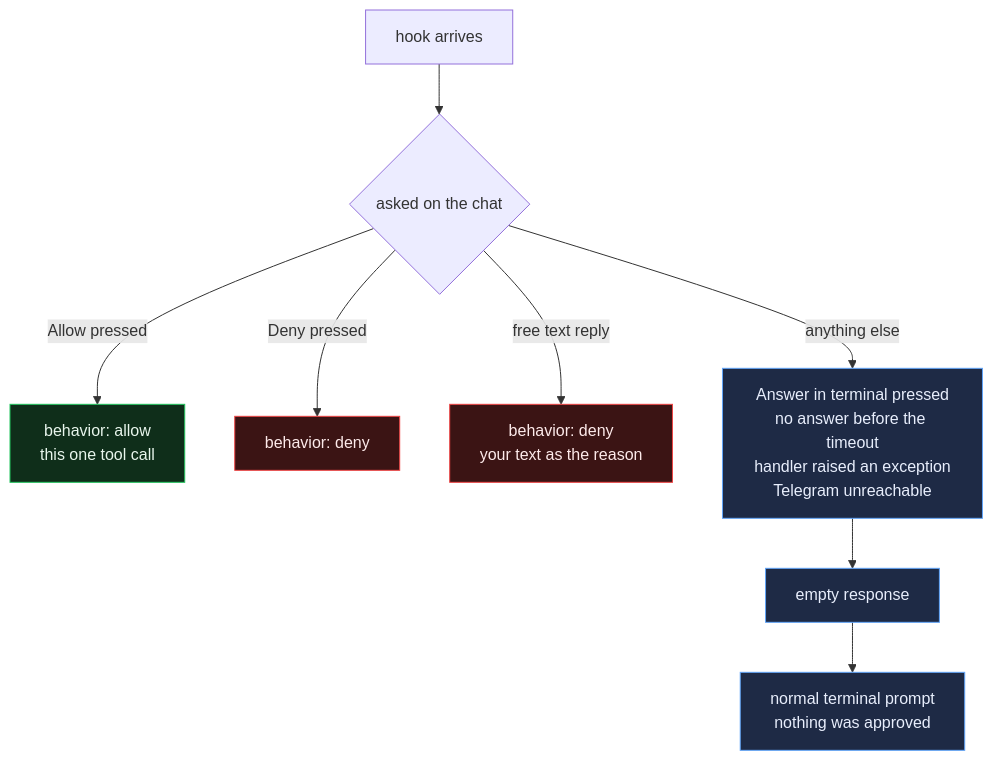
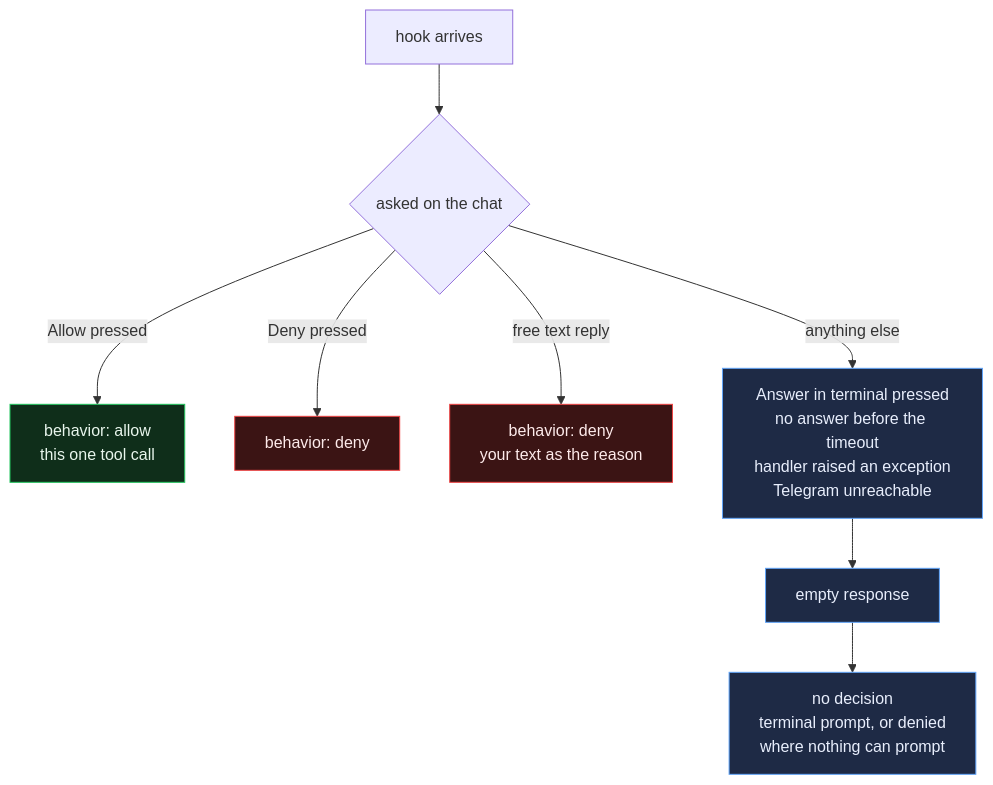
One commit to spazyCZ/bridge-for-agents changed the third of 3 diagrams in SECURITY-MODEL.md. Above: the diagram before and after it, drawn with Mermaid. The commit also changed other lines of this file and 7 other files, not shown here.

````diff
--- a/SECURITY-MODEL.md
+++ b/SECURITY-MODEL.md
@@ -189,19 +195,19 @@
 ```mermaid
 flowchart TD
     H["hook arrives"] --> Q{"asked on the chat"}
 
     Q -->|"Allow pressed"| A["behavior: allow<br/>this one tool call"]
     Q -->|"Deny pressed"| D["behavior: deny"]
     Q -->|"free text reply"| T["behavior: deny<br/>your text as the reason"]
     Q -->|"anything else"| F["Answer in terminal pressed<br/>no answer before the timeout<br/>handler raised an exception<br/>Telegram unreachable"]
 
     F --> E["empty response"]
-    E --> P["normal terminal prompt<br/>nothing was approved"]
+    E --> P["no decision<br/>terminal prompt, or denied<br/>where nothing can prompt"]
 
     classDef ok fill:#0f2e1a,stroke:#22c55e,color:#e8f5ec
     classDef no fill:#3b1414,stroke:#ef4444,color:#fdeaea
     classDef safe fill:#1e2a45,stroke:#60a5fa,color:#e8eefc
     class A ok
     class D,T no
     class F,E,P safe
 ```
````
